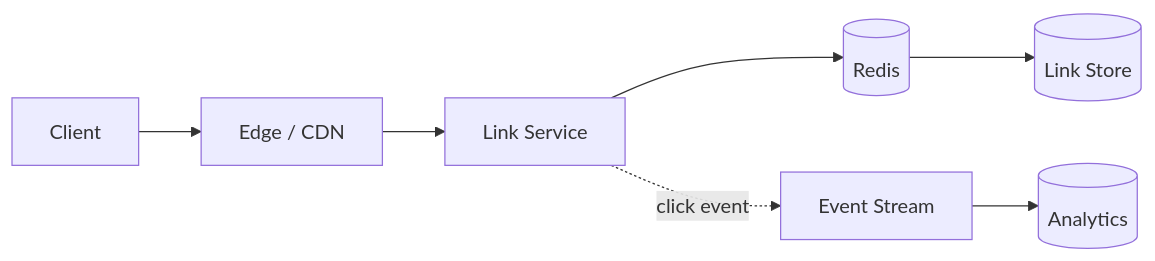
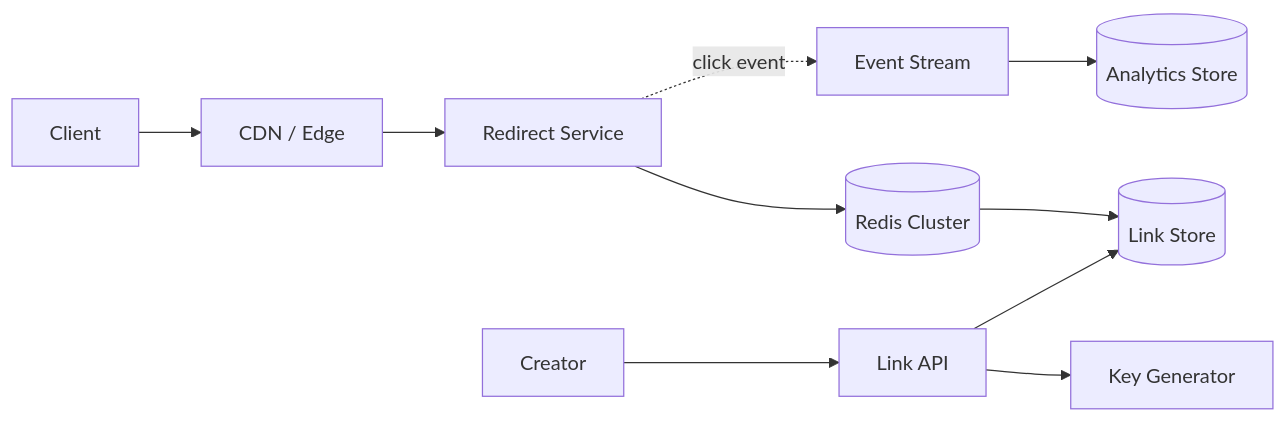
One commit to vedantbarua/pocplayground changed the first of 2 diagrams in content/designs/design-a-url-shortener.md. Above: the diagram before and after it, drawn with Mermaid. The commit also changed other lines of this file and 1 other file, not shown here.

````diff
--- a/content/designs/design-a-url-shortener.md
+++ b/content/designs/design-a-url-shortener.md
@@ -24,9 +72,12 @@
 ```mermaid
 flowchart LR
-  Client --> Edge[Edge / CDN]
-  Edge --> API[Link Service]
-  API --> Cache[(Redis)]
-  Cache --> Store[(Link Store)]
-  API -. click event .-> Queue[Event Stream]
-  Queue --> Analytics[(Analytics)]
+  User[Client] --> Edge[CDN / Edge]
+  Edge --> Redirect[Redirect Service]
+  Redirect --> Cache[(Redis Cluster)]
+  Cache --> Links[(Link Store)]
+  Creator[Creator] --> API[Link API]
+  API --> Keys[Key Generator]
+  API --> Links
+  Redirect -. click event .-> Stream[Event Stream]
+  Stream --> Analytics[(Analytics Store)]
 ```
````
